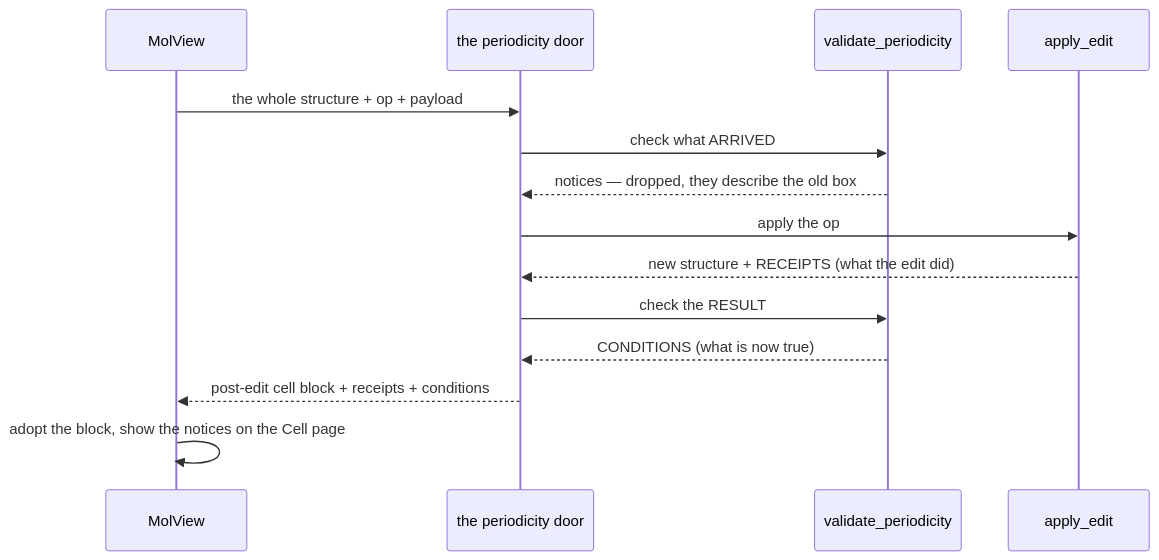
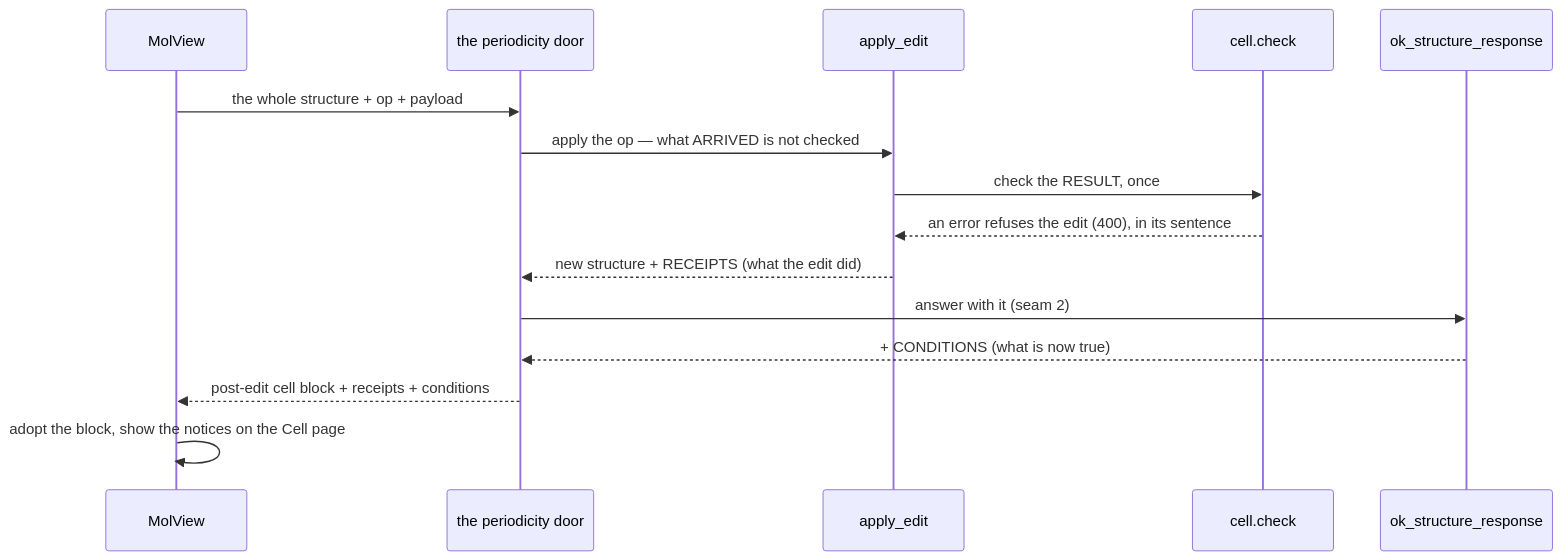
One commit to Qing-LAB/molbuilder changed the fourth of 4 diagrams in docs/model/structure-periodicity.md. Above: the diagram before and after it, drawn with Mermaid. The commit also changed other lines of this file and 15 other files, not shown here.

First line of the commit message:
2.69.65: a box with no volume is refused in one sentence, and the room along each cell axis is measured once

````diff
--- a/docs/model/structure-periodicity.md
+++ b/docs/model/structure-periodicity.md
@@ -1316,16 +1328,17 @@
 ```mermaid
 sequenceDiagram
     participant M as MolView
     participant D as the periodicity door
-    participant G as validate_periodicity
     participant E as apply_edit
+    participant G as cell.check
+    participant R as ok_structure_response
     M->>D: the whole structure + op + payload
-    D->>G: check what ARRIVED
-    G-->>D: notices — dropped, they describe the old box
-    D->>E: apply the op
+    D->>E: apply the op — what ARRIVED is not checked
+    E->>G: check the RESULT, once
+    G-->>E: an error refuses the edit (400), in its sentence
     E-->>D: new structure + RECEIPTS (what the edit did)
-    D->>G: check the RESULT
-    G-->>D: CONDITIONS (what is now true)
+    D->>R: answer with it (seam 2)
+    R-->>D: + CONDITIONS (what is now true)
     D-->>M: post-edit cell block + receipts + conditions
     M->>M: adopt the block, show the notices on the Cell page
 ```
````
